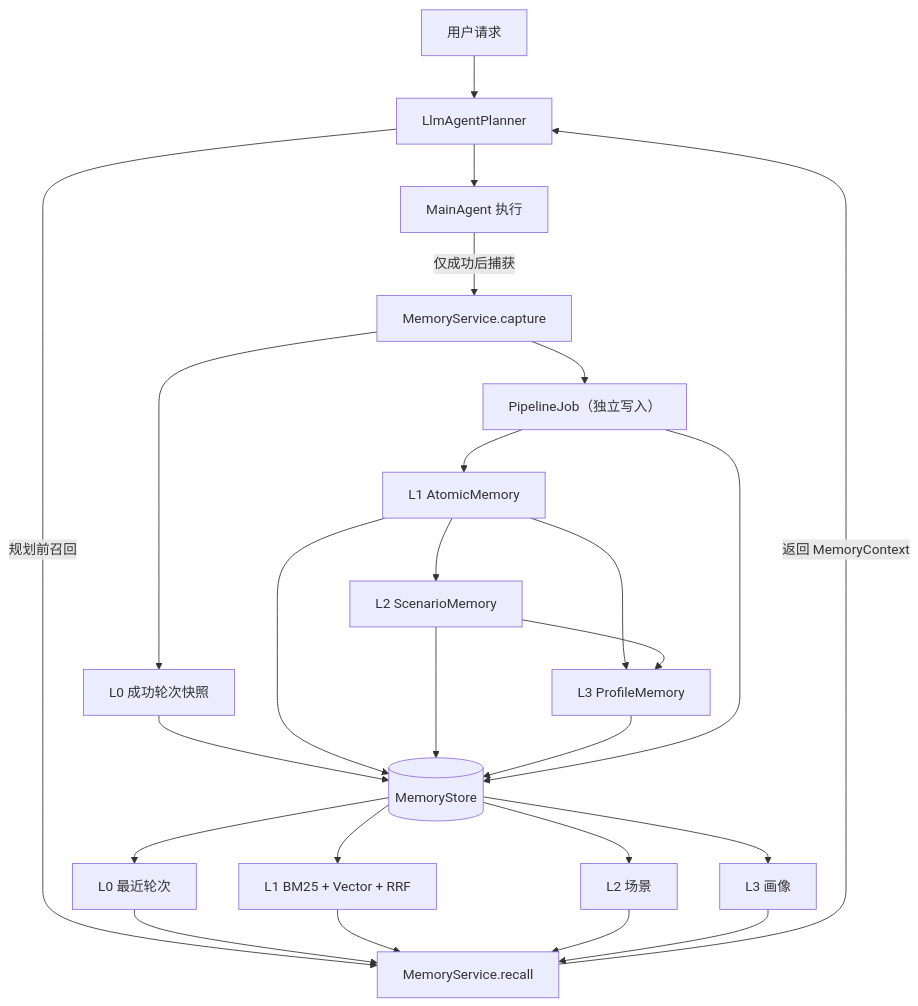
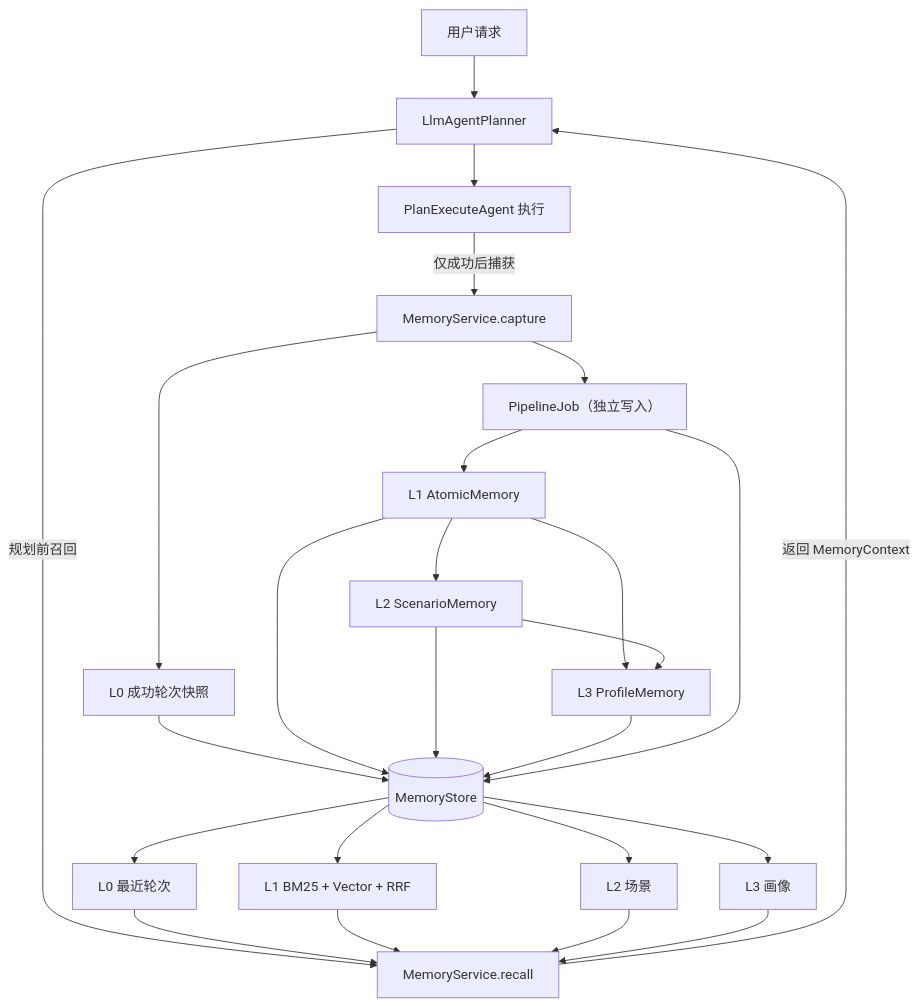
The first of 2 diagrams in docs/AGENT_MEMORY_INTERVIEW.md (JavaBoy-Zeng/agent-platform), drawn with Mermaid before and after one commit. The commit also changed other lines of this file and 179 other files, not shown here.

````diff
--- a/docs/AGENT_MEMORY_INTERVIEW.md
+++ b/docs/AGENT_MEMORY_INTERVIEW.md
@@ -73,31 +73,31 @@
 ```mermaid
 flowchart TD
     Request["用户请求"] --> Planner["LlmAgentPlanner"]
     Planner -->|"规划前召回"| Recall["MemoryService.recall"]
     Recall -->|"返回 MemoryContext"| Planner
-    Planner --> Agent["MainAgent 执行"]
+    Planner --> Agent["PlanExecuteAgent 执行"]
     Agent -->|"仅成功后捕获"| Capture["MemoryService.capture"]
 
     Capture --> L0["L0 成功轮次快照"]
     Capture --> Job["PipelineJob（独立写入）"]
     Job --> L1["L1 AtomicMemory"]
     L1 --> L2["L2 ScenarioMemory"]
     L1 --> L3["L3 ProfileMemory"]
     L2 --> L3
 
     Store[("MemoryStore")]
     L0 --> Store
     L1 --> Store
     L2 --> Store
     L3 --> Store
     Job --> Store
 
     Store --> Recent["L0 最近轮次"]
     Store --> Hybrid["L1 BM25 + Vector + RRF"]
     Store --> Scenario["L2 场景"]
     Store --> Profile["L3 画像"]
     Recent --> Recall
     Hybrid --> Recall
     Scenario --> Recall
     Profile --> Recall
 ```
````
